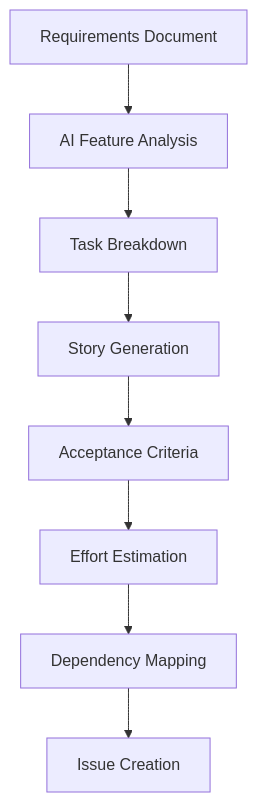
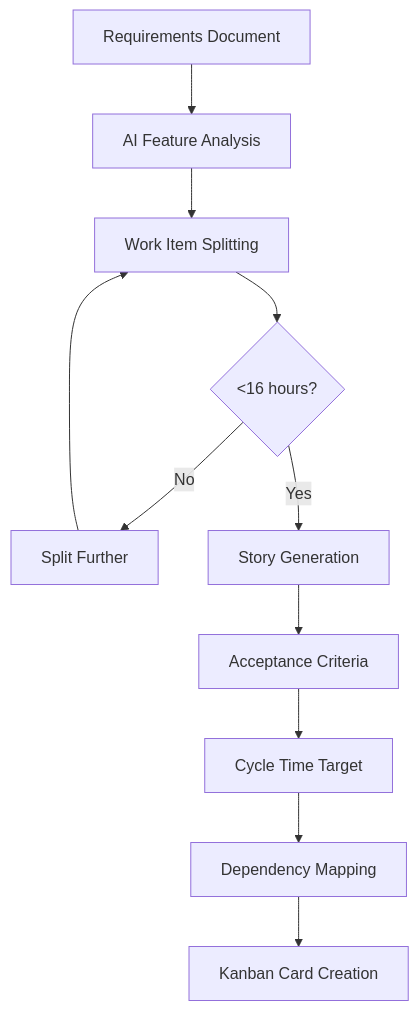
The sixth of 11 diagrams in README.md (PaulDuvall/coding-with-ai-patterns), drawn with Mermaid before and after one commit. The commit also changed other lines of this file, not shown here.

First line of the commit message:
Update patterns to reflect experience-based learning and Kanban principles

````diff
--- a/README.md
+++ b/README.md
@@ -412,10 +412,13 @@
 ```mermaid
 graph TD
     A[Requirements Document] --> B[AI Feature Analysis]
-    B --> C[Task Breakdown]
-    C --> D[Story Generation]
-    D --> E[Acceptance Criteria]
-    E --> F[Effort Estimation]
-    F --> G[Dependency Mapping]
-    G --> H[Issue Creation]
+    B --> C[Work Item Splitting]
+    C --> D{<16 hours?}
+    D -->|No| E[Split Further]
+    E --> C
+    D -->|Yes| F[Story Generation]
+    F --> G[Acceptance Criteria]
+    G --> H[Cycle Time Target]
+    H --> I[Dependency Mapping]
+    I --> J[Kanban Card Creation]
 ```
````
